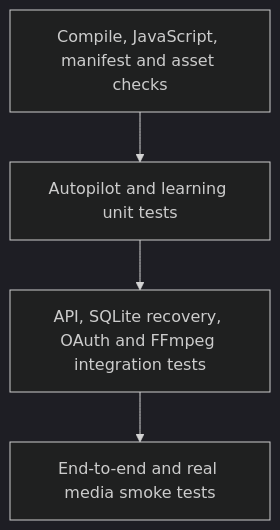
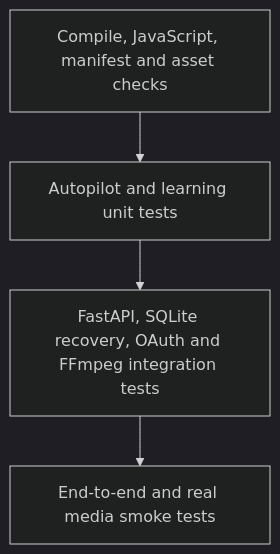
Before and after one commit to Myozan/YAMAN-VIRAL-STUDIO-PRO: the diagram in docs/TESTING-STRATEGY.md, drawn with Mermaid (dark theme). The commit also changed other lines of this file and 5 other files, not shown here.

Commit message:
test: add FastAPI QA regressions and fix OAuth state initialization

````diff
--- a/docs/TESTING-STRATEGY.md
+++ b/docs/TESTING-STRATEGY.md
@@ -33,8 +34,8 @@
 ```mermaid
 flowchart TB
   E2E[End-to-end and real media smoke tests]
-  INT[API, SQLite recovery, OAuth and FFmpeg integration tests]
+  INT[FastAPI, SQLite recovery, OAuth and FFmpeg integration tests]
   UNIT[Autopilot and learning unit tests]
   STATIC[Compile, JavaScript, manifest and asset checks]
   STATIC --> UNIT --> INT --> E2E
 ```
````
